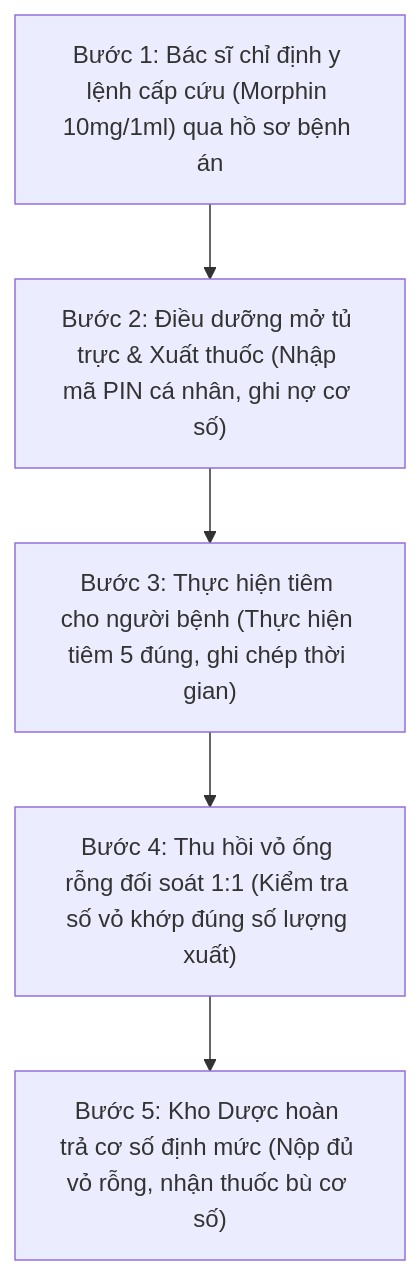
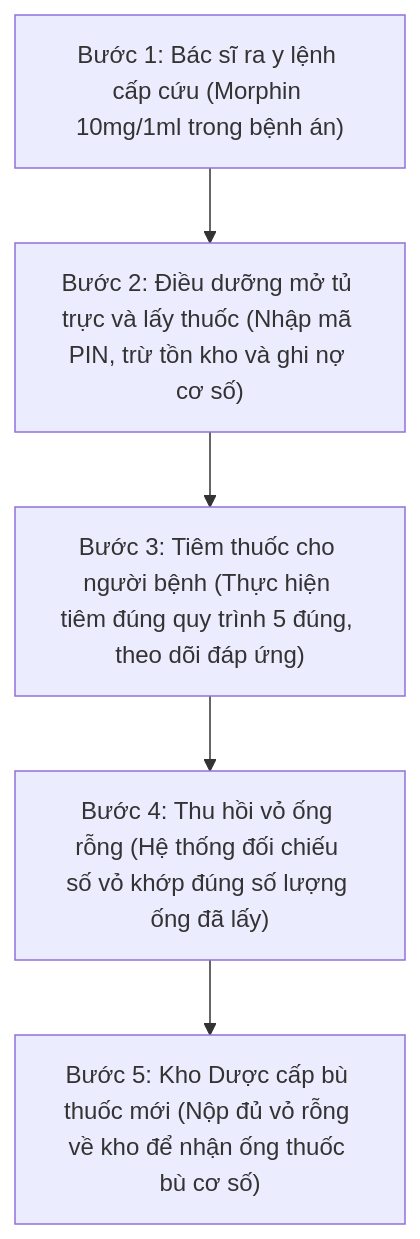
Before and after one commit to TontonYuta/clinical-ward: the first of 3 diagrams in docs/Bao_Cao_Tien_Do_Tuan_3.md, drawn with Mermaid. The commit also changed other lines of this file and 2 other files, not shown here.

````diff
--- a/docs/Bao_Cao_Tien_Do_Tuan_3.md
+++ b/docs/Bao_Cao_Tien_Do_Tuan_3.md
@@ -46,10 +46,10 @@
 ```mermaid
 flowchart TD
-    S1["Bước 1: Bác sĩ chỉ định y lệnh cấp cứu (Morphin 10mg/1ml) qua hồ sơ bệnh án"]
-    S2["Bước 2: Điều dưỡng mở tủ trực & Xuất thuốc (Nhập mã PIN cá nhân, ghi nợ cơ số)"]
-    S3["Bước 3: Thực hiện tiêm cho người bệnh (Thực hiện tiêm 5 đúng, ghi chép thời gian)"]
-    S4["Bước 4: Thu hồi vỏ ống rỗng đối soát 1:1 (Kiểm tra số vỏ khớp đúng số lượng xuất)"]
-    S5["Bước 5: Kho Dược hoàn trả cơ số định mức (Nộp đủ vỏ rỗng, nhận thuốc bù cơ số)"]
+    S1["Bước 1: Bác sĩ ra y lệnh cấp cứu (Morphin 10mg/1ml trong bệnh án)"]
+    S2["Bước 2: Điều dưỡng mở tủ trực và lấy thuốc (Nhập mã PIN, trừ tồn kho và ghi nợ cơ số)"]
+    S3["Bước 3: Tiêm thuốc cho người bệnh (Thực hiện tiêm đúng quy trình 5 đúng, theo dõi đáp ứng)"]
+    S4["Bước 4: Thu hồi vỏ ống rỗng (Hệ thống đối chiếu số vỏ khớp đúng số lượng ống đã lấy)"]
+    S5["Bước 5: Kho Dược cấp bù thuốc mới (Nộp đủ vỏ rỗng về kho để nhận ống thuốc bù cơ số)"]
 
     S1 --> S2 --> S3 --> S4 --> S5
 ```
````
